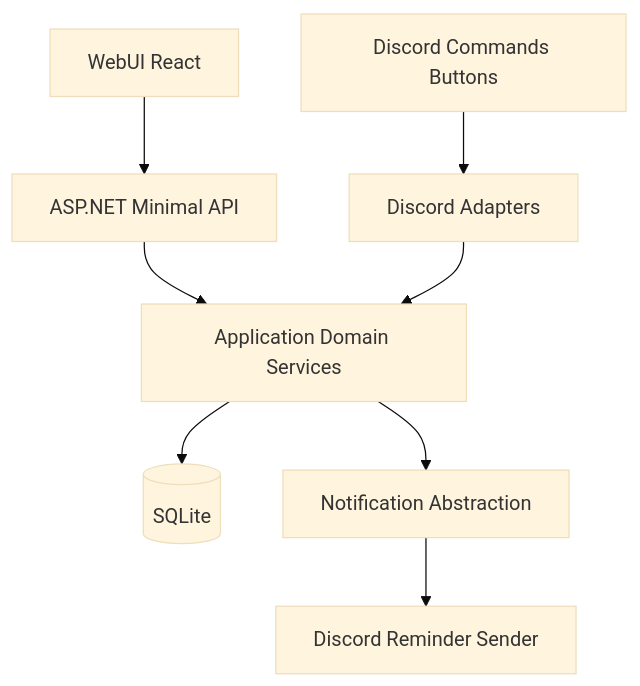
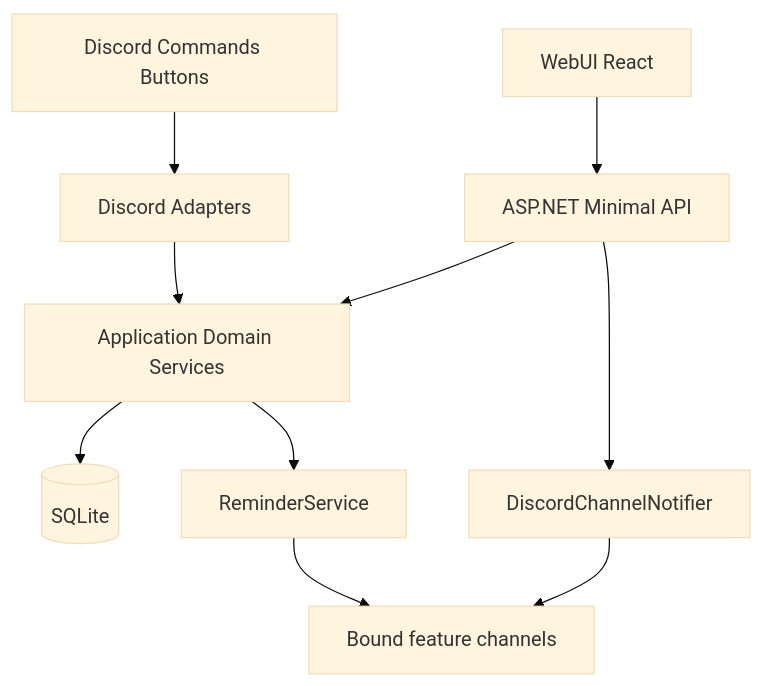
The diagram in docs/Refined_WebUI_Adaptation_Plan.md (SypherXN/HomeBot), drawn with Mermaid (base theme) before and after one commit. The commit also changed other lines of this file and 34 other files, not shown here.

Commit message:
API Phase 3 hardening, Discord notifications for web creates, WebUI mutation/auth fixes, plan doc sync

````diff
--- a/docs/Refined_WebUI_Adaptation_Plan.md
+++ b/docs/Refined_WebUI_Adaptation_Plan.md
@@ -32,10 +79,12 @@
 ```mermaid
 flowchart TD
     webUi[WebUI React] --> api[ASP.NET Minimal API]
     discordUi[Discord Commands Buttons] --> adapters[Discord Adapters]
     api --> appServices[Application Domain Services]
     adapters --> appServices
     appServices --> sqlite[(SQLite)]
-    appServices --> notifier[Notification Abstraction]
-    notifier --> discordNotifier[Discord Reminder Sender]
+    api --> webNotify[DiscordChannelNotifier]
+    webNotify --> discordChannels[Bound feature channels]
+    appServices --> reminder[ReminderService]
+    reminder --> discordChannels
 ```
````
